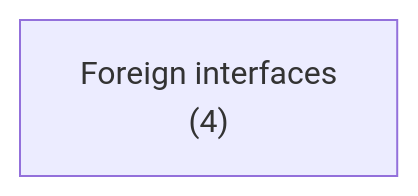
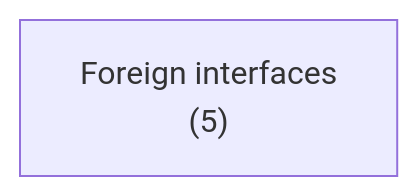
The first of 2 diagrams in docs/lib/ffi/win32/common/depends.md (ruudkoot/rune), drawn with Mermaid before and after one commit. The commit also changed other lines of this file and 19 other files, not shown here.

````diff
--- a/docs/lib/ffi/win32/common/depends.md
+++ b/docs/lib/ffi/win32/common/depends.md
@@ -24,4 +24,4 @@
 ```mermaid
 flowchart LR
-  a0["Foreign interfaces<br>(4)"]
+  a0["Foreign interfaces<br>(5)"]
 ```
````
